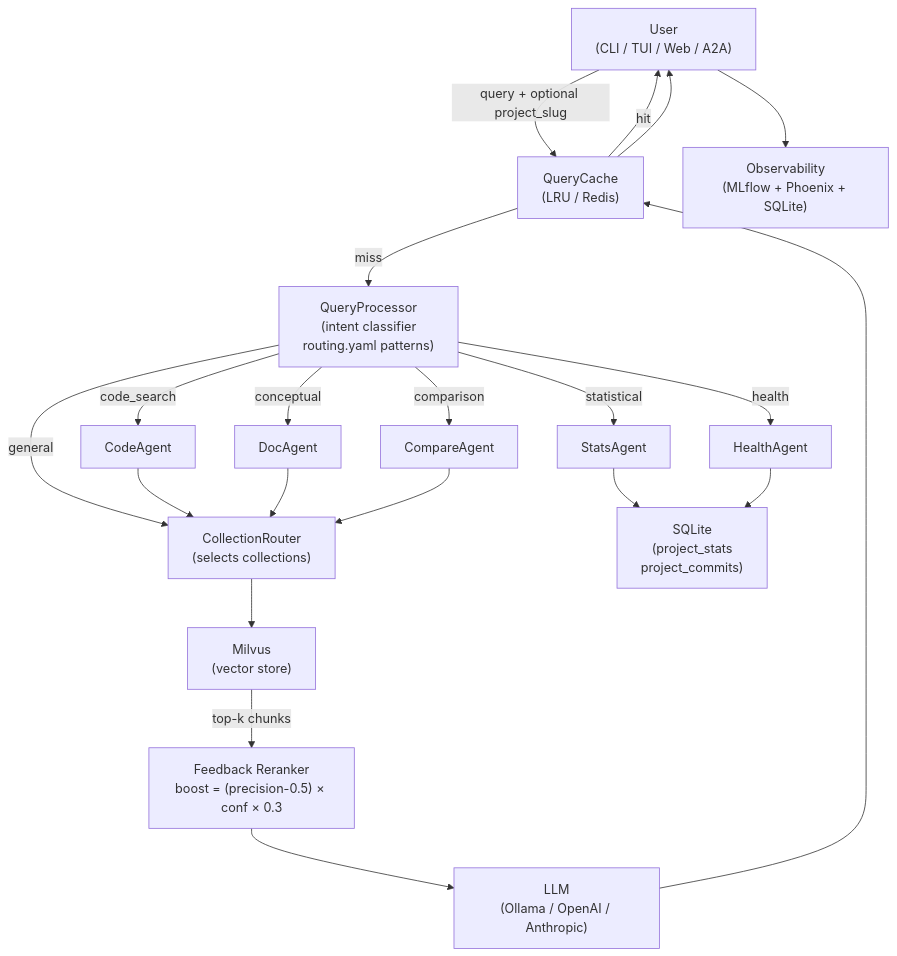
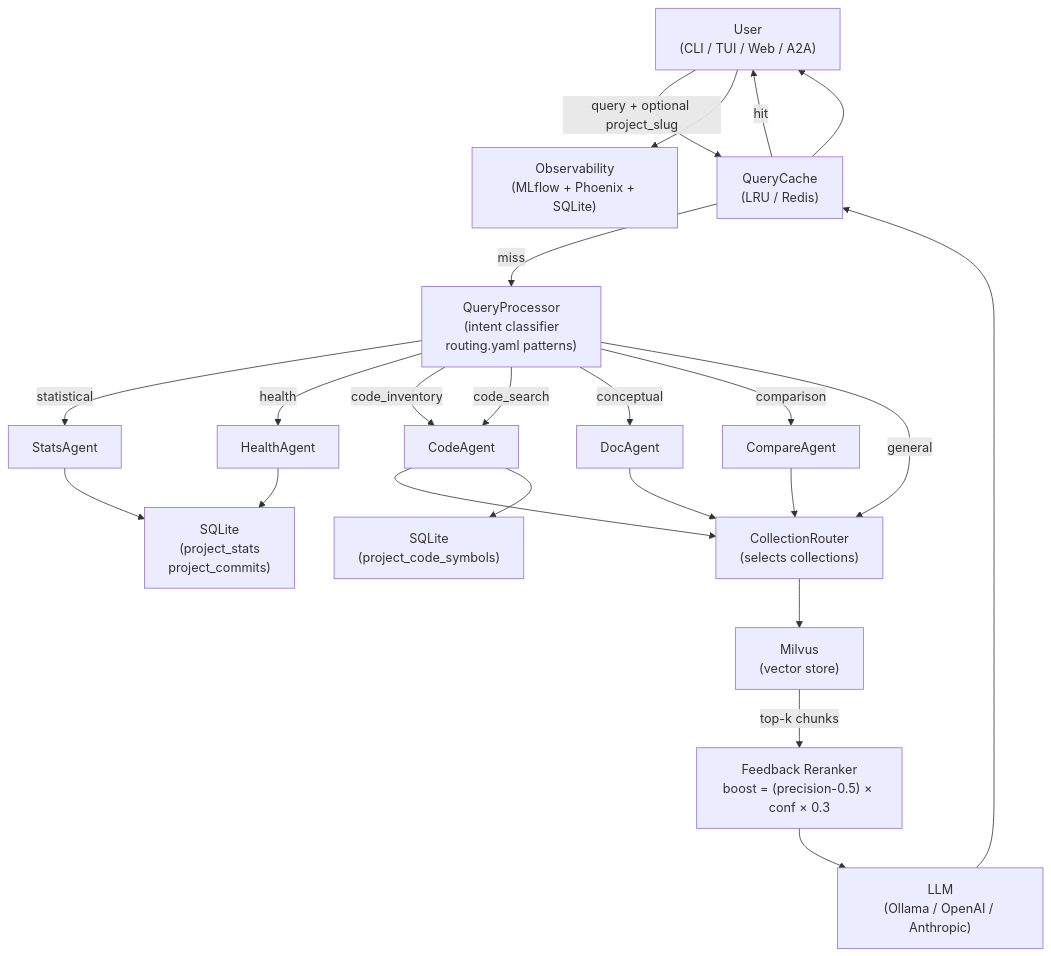
Before and after one commit to PDR-Associates/project-explorer: the first of 6 diagrams in docs/Architecture.md, drawn with Mermaid. The commit also changed other lines of this file and 29 other files, not shown here.

````diff
--- a/docs/Architecture.md
+++ b/docs/Architecture.md
@@ -27,32 +27,34 @@
 ```mermaid
 flowchart TD
     User["User\n(CLI / TUI / Web / A2A)"]
     Cache["QueryCache\n(LRU / Redis)"]
     QP["QueryProcessor\n(intent classifier\nrouting.yaml patterns)"]
     Router["CollectionRouter\n(selects collections)"]
     Milvus["Milvus\n(vector store)"]
     Rerank["Feedback Reranker\nboost = (precision-0.5) × conf × 0.3"]
     LLM["LLM\n(Ollama / OpenAI / Anthropic)"]
     Obs["Observability\n(MLflow + Phoenix + SQLite)"]
 
     User -->|query + optional project_slug| Cache
     Cache -->|miss| QP
     Cache -->|hit| User
 
     QP -->|statistical| StatsAgent
     QP -->|health| HealthAgent
+    QP -->|code_inventory| CodeAgent
     QP -->|code_search| CodeAgent
     QP -->|conceptual| DocAgent
     QP -->|comparison| CompareAgent
     QP -->|general| Router
 
     CodeAgent & DocAgent & CompareAgent --> Router
     Router --> Milvus
     Milvus -->|top-k chunks| Rerank
     Rerank --> LLM
 
     StatsAgent & HealthAgent --> SQLite["SQLite\n(project_stats\nproject_commits)"]
+    CodeAgent --> SQLite2["SQLite\n(project_code_symbols)"]
     LLM --> Cache
     Cache --> User
     User --> Obs
 ```
````
